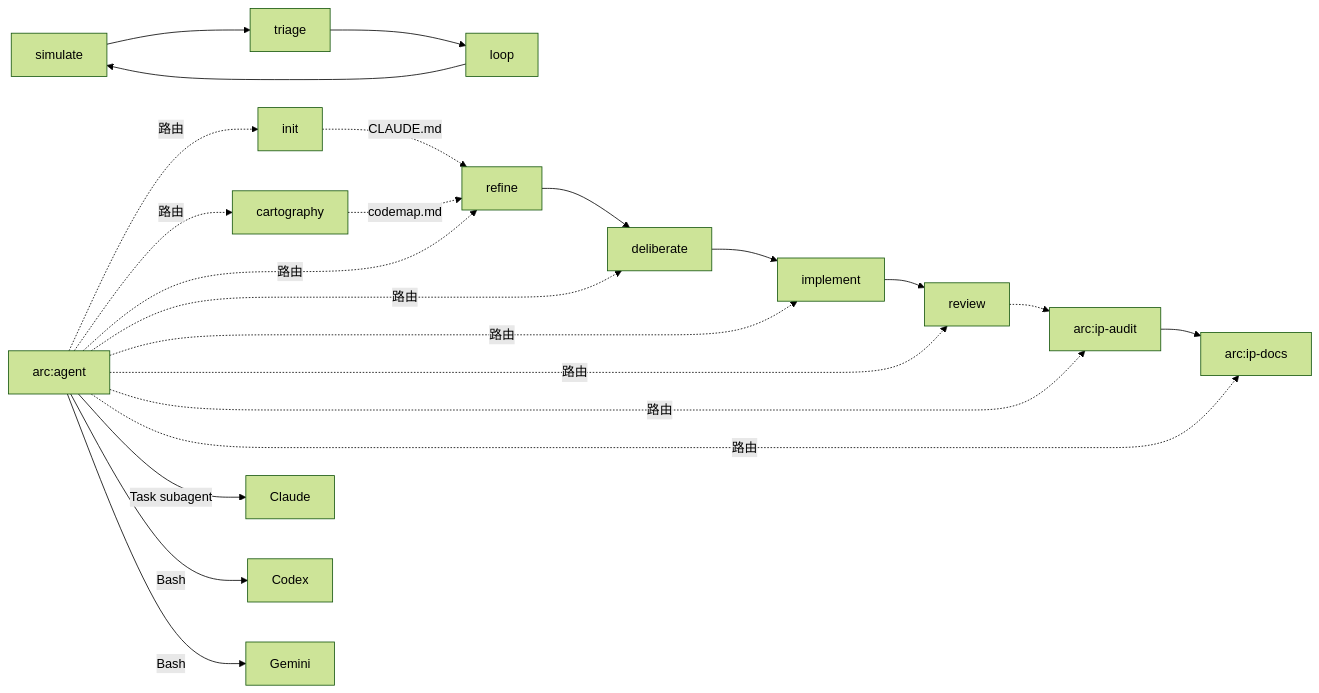
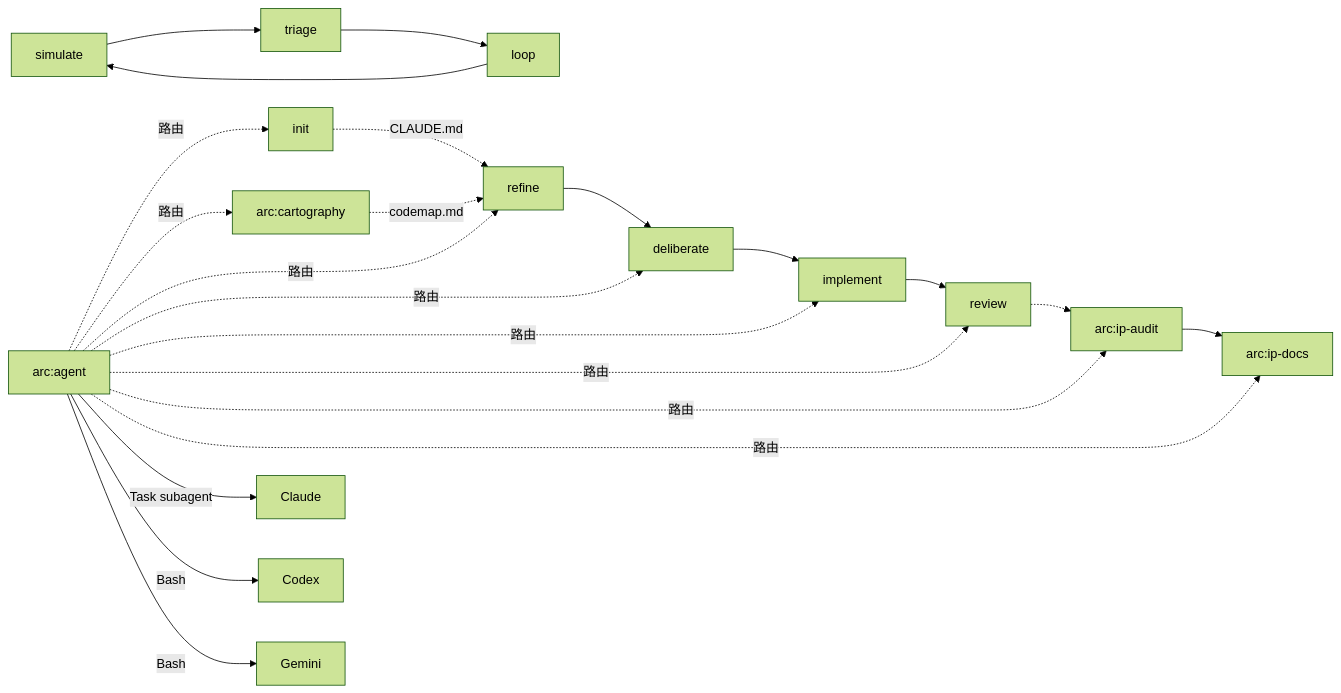
The second of 2 diagrams in README.md (iwen-conf/Skills), drawn with Mermaid (forest theme) before and after one commit. The commit also changed other lines of this file and 21 other files, not shown here.

````diff
--- a/README.md
+++ b/README.md
@@ -89,24 +89,24 @@
 ```mermaid
 graph LR
     agent["arc:agent"] -.->|"路由"| init
-    cartography["cartography"]
+    cartography["arc:cartography"]
     agent -.->|"路由"| cartography
     agent -.->|"路由"| refine
     agent -.->|"路由"| deliberate
     agent -.->|"路由"| implement
     agent -.->|"路由"| review
     ip_audit["arc:ip-audit"]
     ip_docs["arc:ip-docs"]
     agent -.->|"路由"| ip_audit
     agent -.->|"路由"| ip_docs
     agent -->|"Task subagent"| claude["Claude"]
     agent -->|"Bash"| codex["Codex"]
     agent -->|"Bash"| gemini["Gemini"]
 
     init -.->|"CLAUDE.md"| refine
     cartography -.->|"codemap.md"| refine
     refine --> deliberate
     deliberate --> implement --> review
     review -.-> ip_audit --> ip_docs
     simulate --> triage --> loop --> simulate
 ```
````
